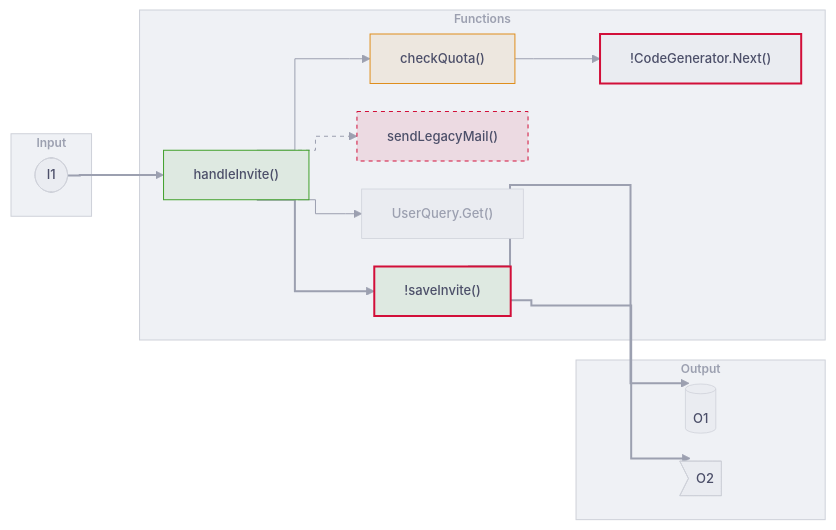
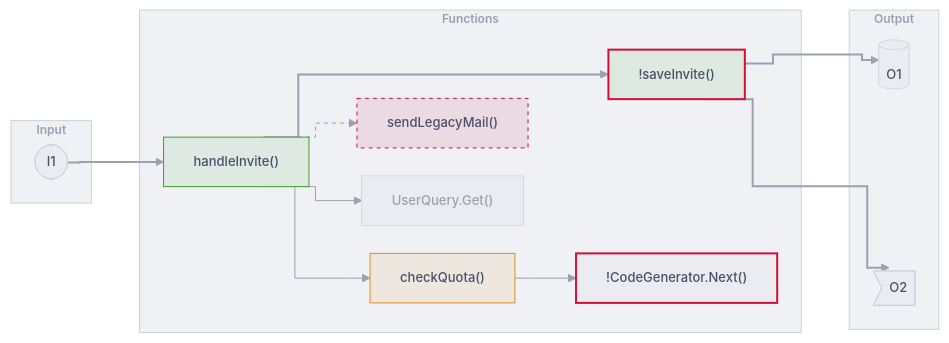
Before and after one commit to gagoar/pr-brief: the eighth of 17 diagrams in docs/samples/craft-themes.md, drawn with Mermaid. The commit also changed other lines of this file, not shown here.

````diff
--- a/docs/samples/craft-themes.md
+++ b/docs/samples/craft-themes.md
@@ -338,39 +354,41 @@
 ```mermaid
 %%{init: {"theme":"base","flowchart":{"curve":"step","nodeSpacing":28,"rankSpacing":48,"diagramPadding":40},"themeVariables":{"darkMode":false,"background":"#eff1f5","fontFamily":"Inter, Helvetica, Arial","fontSize":"13px","dropShadow":"none","primaryColor":"#eaecf1","primaryTextColor":"#4c4f69","primaryBorderColor":"#ced1d9","nodeTextColor":"#4c4f69","textColor":"#4c4f69","mainBkg":"#eaecf1","nodeBorder":"#ced1d9","lineColor":"#9ca0b0","clusterBkg":"#eff1f5","clusterBorder":"#ced1d9","titleColor":"#9ca0b0","edgeLabelBackground":"#eff1f5"}}}%%
 graph LR
   subgraph IN["Input"]
     I1(["I1"])
   end
   subgraph FN["Functions"]
     F1["handleInvite()"]:::added
     F2["checkQuota()"]:::modified
     F3["sendLegacyMail()"]:::removed
     F4["UserQuery.Get()"]:::context
     F5["!CodeGenerator.Next()"]:::risk
     F6["!saveInvite()"]:::riskadded
   end
   subgraph OUT["Output"]
     O1[("O1")]
     O2>"O2"]
   end
   I1 ==> F1
   F1 --> F2
   F1 --> F4
   F2 --> F5
   F1 ==> F6
   F1 -.-> F3
   F6 ==> O1
   F6 ==> O2
+  F5 ~~~ O1
+  F5 ~~~ O2
   classDef default fill:#eaecf1,stroke:#ced1d9,stroke-width:0.75px,color:#4c4f69,font-weight:500
   classDef added fill:#dee9e1,stroke:#40a02b,stroke-width:1px,color:#4c4f69,font-weight:500
   classDef modified fill:#ede7df,stroke:#df8e1d,stroke-width:1px,color:#4c4f69,font-weight:500
   classDef removed fill:#ecdae2,stroke:#d20f39,stroke-width:1px,stroke-dasharray:4 4,color:#4c4f69,font-weight:500
   classDef context fill:#eaecf1,stroke:#ced1d9,stroke-width:0.75px,color:#9ca0b0,font-weight:500
   classDef risk fill:#eaecf1,stroke:#d20f39,stroke-width:2px,color:#4c4f69,font-weight:500
   classDef riskadded fill:#dee9e1,stroke:#d20f39,stroke-width:2px,color:#4c4f69,font-weight:500
   classDef zone fill:#eff1f5,stroke:#ced1d9,stroke-width:1px,color:#9ca0b0,font-weight:600,font-size:12px
   class IN,FN,OUT zone
-  linkStyle default stroke:#9ca0b0,stroke-width:1px
+  linkStyle 1,2,3 stroke:#9ca0b0,stroke-width:1px
   linkStyle 0,4,6,7 stroke:#9ca0b0,stroke-width:2px
   linkStyle 5 stroke:#9ca0b0,stroke-width:1px,stroke-dasharray:4 4
 ```
````
